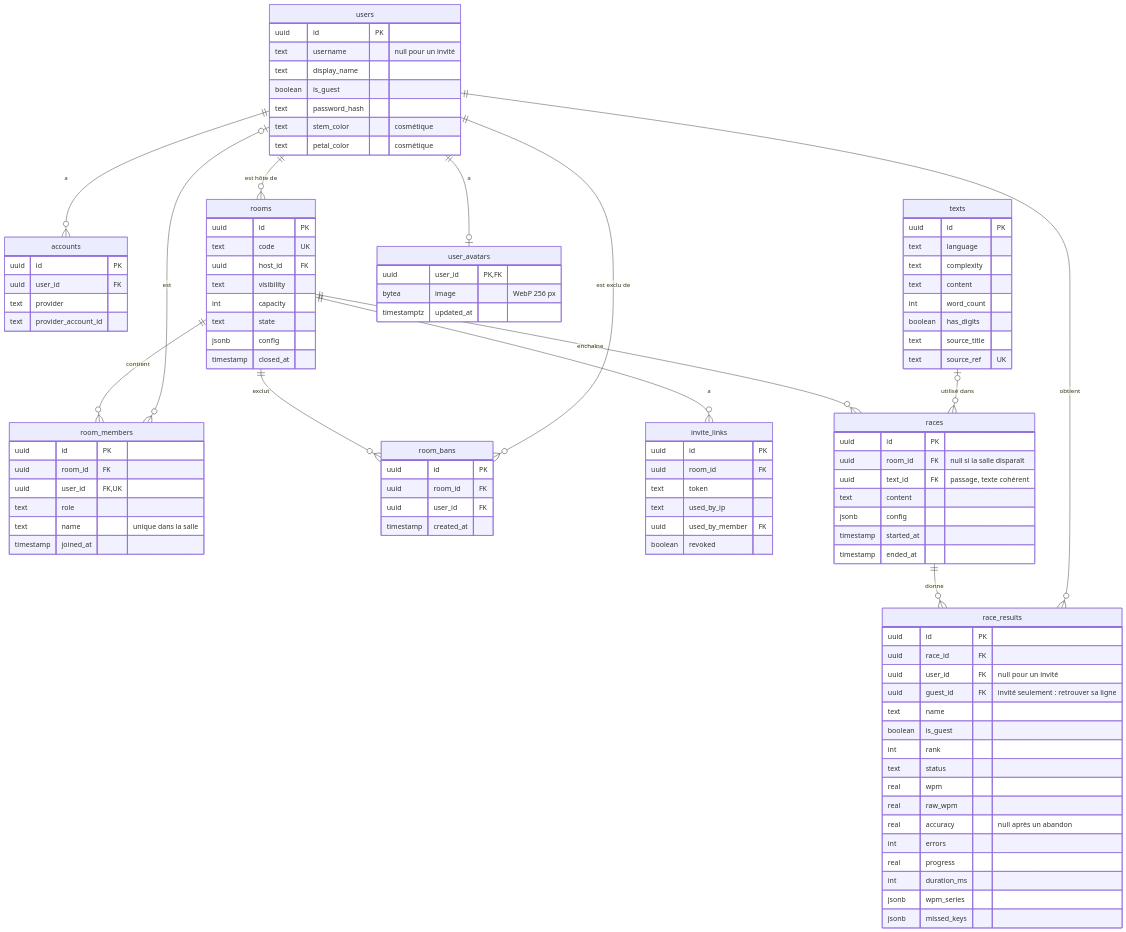
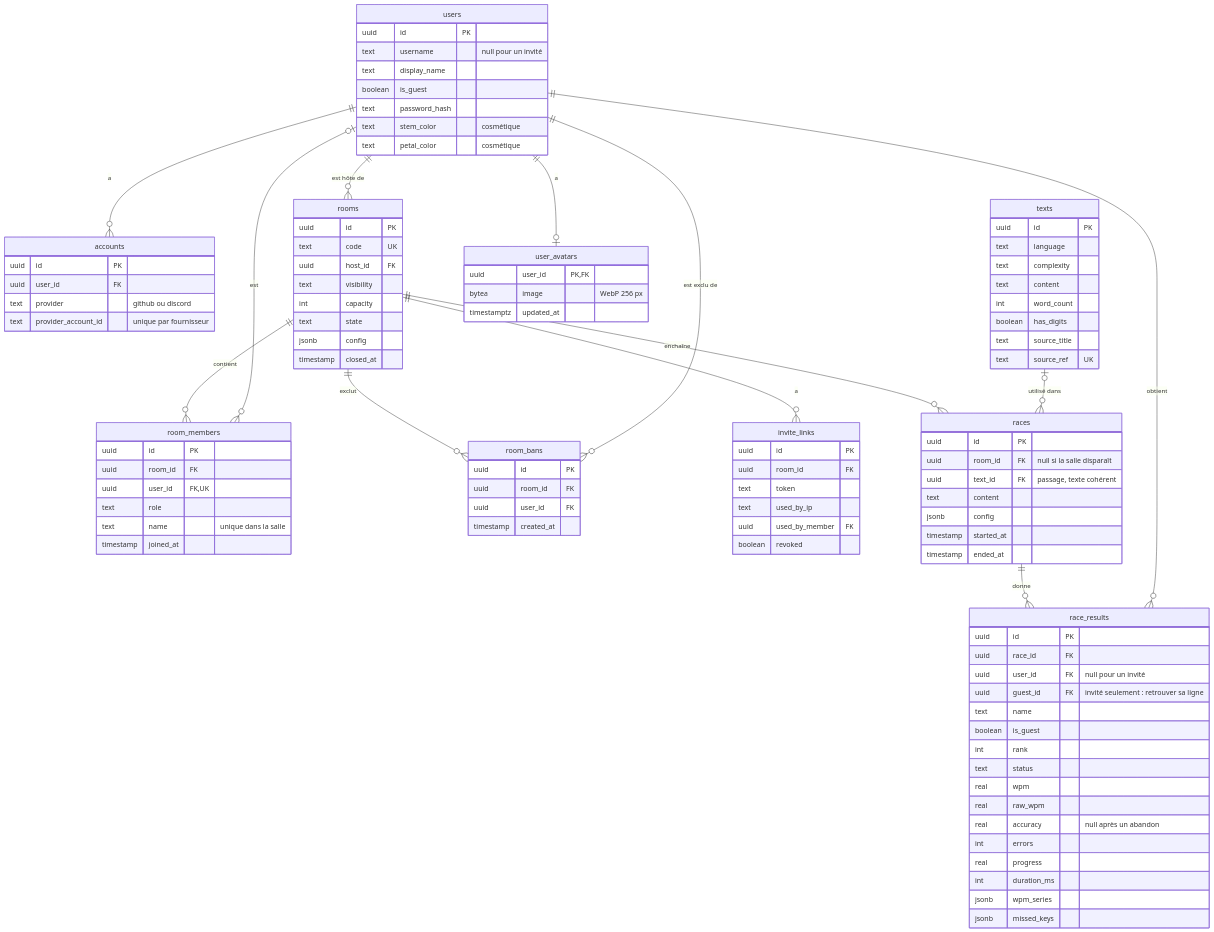
The first of 2 diagrams in docs/ARCHITECTURE.md (Onyyx256/typeracer), drawn with Mermaid before and after one commit. The commit also changed other lines of this file and 4 other files, not shown here.

```diff
--- a/docs/ARCHITECTURE.md
+++ b/docs/ARCHITECTURE.md
@@ -36,8 +36,8 @@
     accounts {
         uuid id PK
         uuid user_id FK
-        text provider
-        text provider_account_id
+        text provider "github ou discord"
+        text provider_account_id "unique par fournisseur"
     }
     rooms {
         uuid id PK
```
